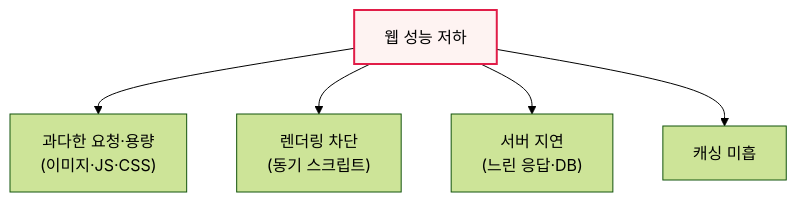
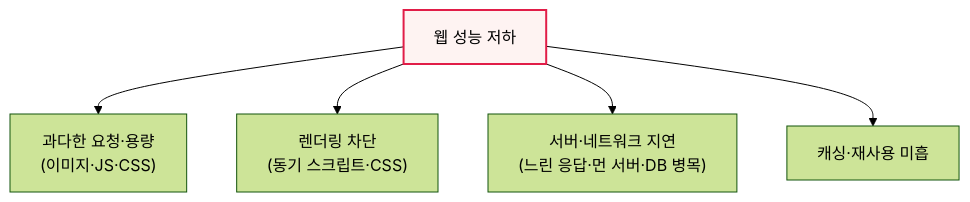
Before and after one commit to coninggu/wjdqhrhksflrltnftk: the first of 2 diagrams in content/web-performance.md, drawn with Mermaid (forest theme). The commit also changed other lines of this file and 3 other files, not shown here.

````diff
--- a/content/web-performance.md
+++ b/content/web-performance.md
@@ -15,8 +22,8 @@
 ```mermaid
 flowchart TB
-  P[웹 성능 저하] --> N["과다한 요청·용량<br/>(이미지·JS·CSS)"]
-  P --> R["렌더링 차단<br/>(동기 스크립트)"]
-  P --> S["서버 지연<br/>(느린 응답·DB)"]
-  P --> C["캐싱 미흡"]
+  P["웹 성능 저하"] --> N["과다한 요청·용량<br/>(이미지·JS·CSS)"]
+  P --> R["렌더링 차단<br/>(동기 스크립트·CSS)"]
+  P --> S["서버·네트워크 지연<br/>(느린 응답·먼 서버·DB 병목)"]
+  P --> C["캐싱·재사용 미흡"]
   style P fill:#fef3f2,stroke:#e11d48,stroke-width:2px
 ```
````
